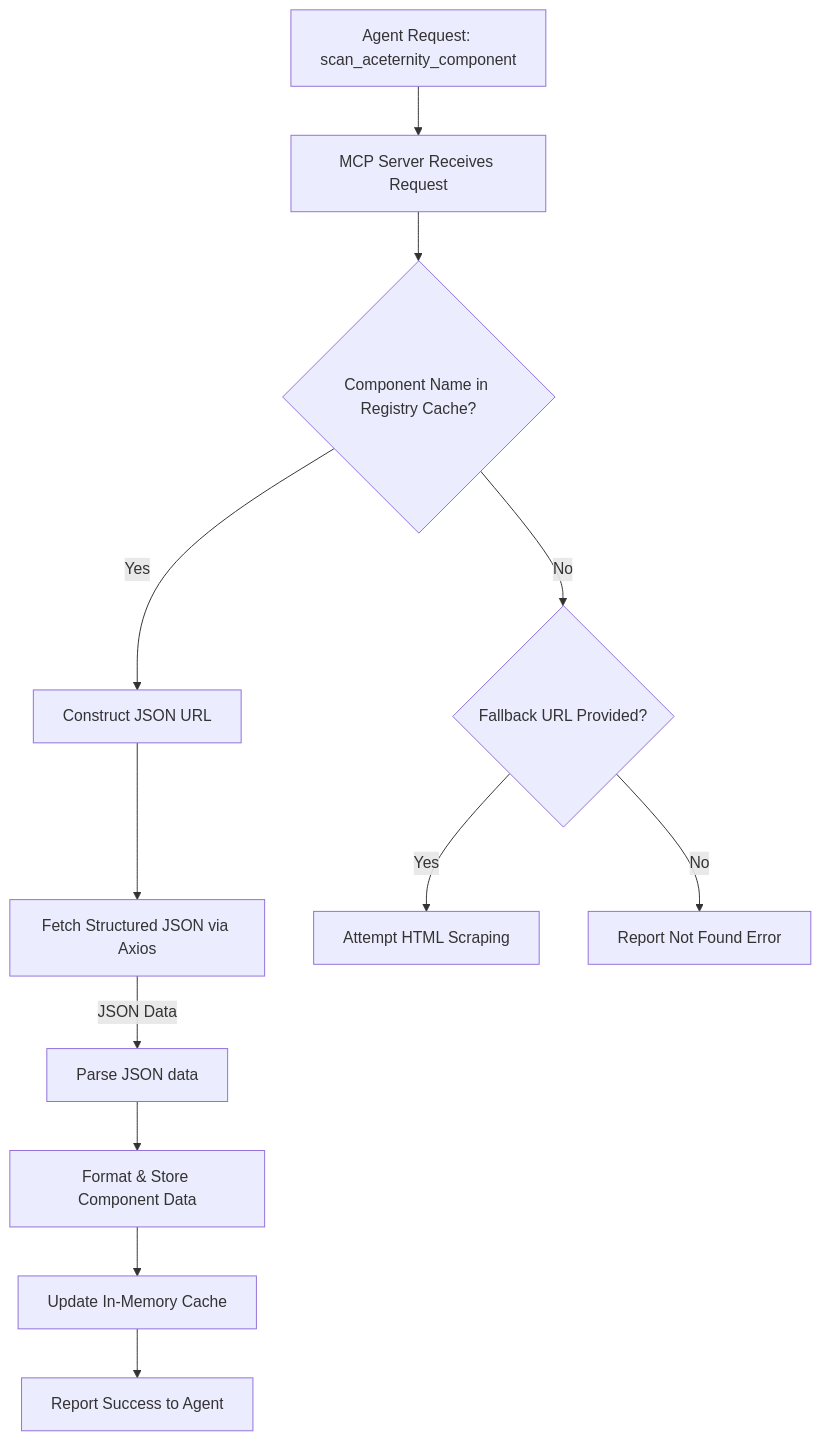
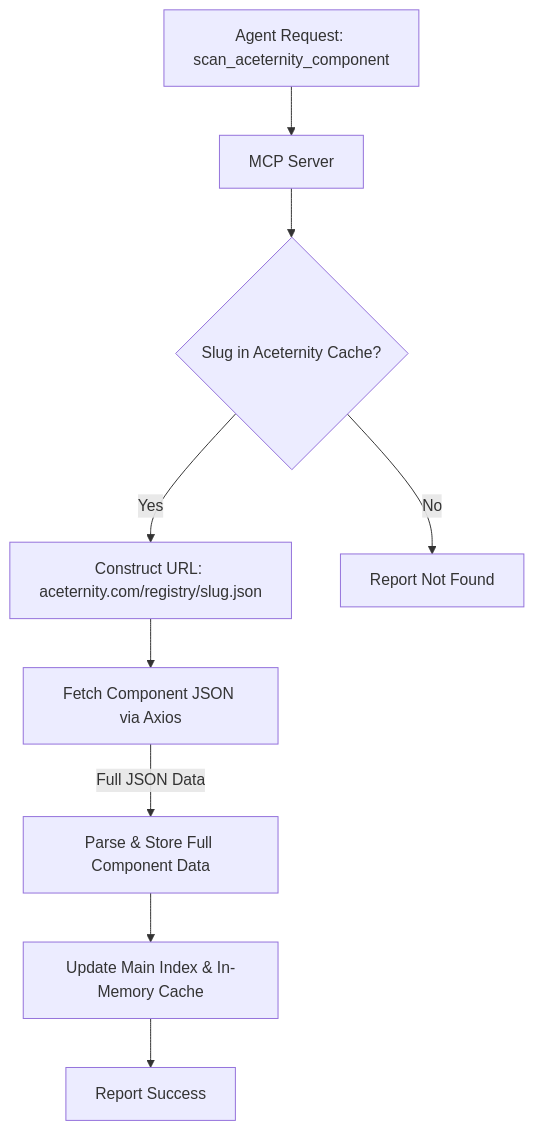
One commit to dazeb/mcp-react-components changed the second of 3 diagrams in README.md. Above: the diagram before and after it, drawn with Mermaid. The commit also changed other lines of this file and 5 other files, not shown here.

````diff
--- a/README.md
+++ b/README.md
@@ -60,14 +69,11 @@
 ```mermaid
 graph TD
-    B0[Agent Request: scan_aceternity_component] --> B1[MCP Server Receives Request]
-    B1 --> B2{Component Name in Registry Cache?}
-    B2 -- Yes --> B3[Construct JSON URL]
-    B3 --> B4[Fetch Structured JSON via Axios]
-    B4 -- JSON Data --> B5[Parse JSON data]
-    B5 --> B6[Format & Store Component Data]
-    B6 --> B7[Update In-Memory Cache]
-    B7 --> B8[Report Success to Agent]
-    B2 -- No --> B9{Fallback URL Provided?}
-    B9 -- Yes --> B10[Attempt HTML Scraping]
-    B9 -- No --> B11[Report Not Found Error]
+    B0[Agent Request: scan_aceternity_component] --> B1[MCP Server]
+    B1 --> B2{Slug in Aceternity Cache?}
+    B2 -- Yes --> B3[Construct URL: aceternity.com/registry/slug.json]
+    B3 --> B4[Fetch Component JSON via Axios]
+    B4 -- Full JSON Data --> B5[Parse & Store Full Component Data]
+    B5 --> B6[Update Main Index & In-Memory Cache]
+    B6 --> B7[Report Success]
+    B2 -- No --> B8[Report Not Found]
 ```
````
